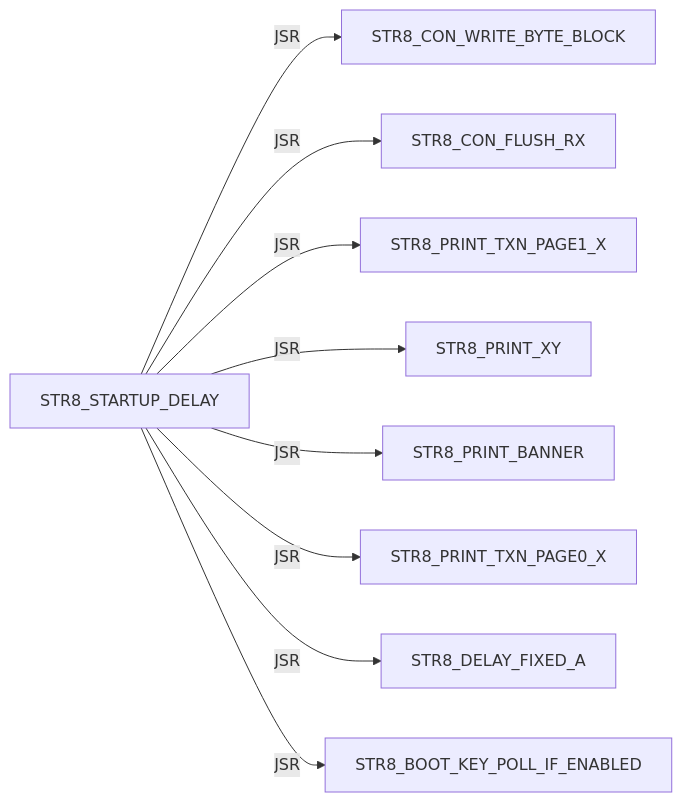
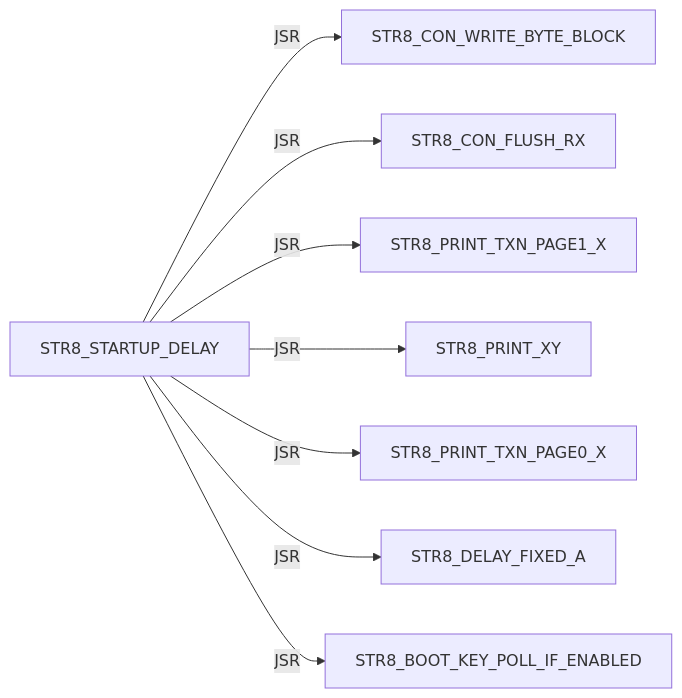
Before and after one commit to 95westus/R-YORS: diagram 32 of 42 in DOC/GUIDES/STR8/STR8_EDGE_DUMP.md, drawn with Mermaid. The commit also changed other lines of this file and 25 other files, not shown here.

````diff
--- a/DOC/GUIDES/STR8/STR8_EDGE_DUMP.md
+++ b/DOC/GUIDES/STR8/STR8_EDGE_DUMP.md
@@ -452,11 +445,10 @@
 ```mermaid
 flowchart LR
     N0["STR8_STARTUP_DELAY"] -->|JSR| N1["STR8_CON_WRITE_BYTE_BLOCK"]
     N0["STR8_STARTUP_DELAY"] -->|JSR| N2["STR8_CON_FLUSH_RX"]
     N0["STR8_STARTUP_DELAY"] -->|JSR| N3["STR8_PRINT_TXN_PAGE1_X"]
     N0["STR8_STARTUP_DELAY"] -->|JSR| N4["STR8_PRINT_XY"]
-    N0["STR8_STARTUP_DELAY"] -->|JSR| N5["STR8_PRINT_BANNER"]
-    N0["STR8_STARTUP_DELAY"] -->|JSR| N6["STR8_PRINT_TXN_PAGE0_X"]
-    N0["STR8_STARTUP_DELAY"] -->|JSR| N7["STR8_DELAY_FIXED_A"]
-    N0["STR8_STARTUP_DELAY"] -->|JSR| N8["STR8_BOOT_KEY_POLL_IF_ENABLED"]
+    N0["STR8_STARTUP_DELAY"] -->|JSR| N5["STR8_PRINT_TXN_PAGE0_X"]
+    N0["STR8_STARTUP_DELAY"] -->|JSR| N6["STR8_DELAY_FIXED_A"]
+    N0["STR8_STARTUP_DELAY"] -->|JSR| N7["STR8_BOOT_KEY_POLL_IF_ENABLED"]
 ```
````
